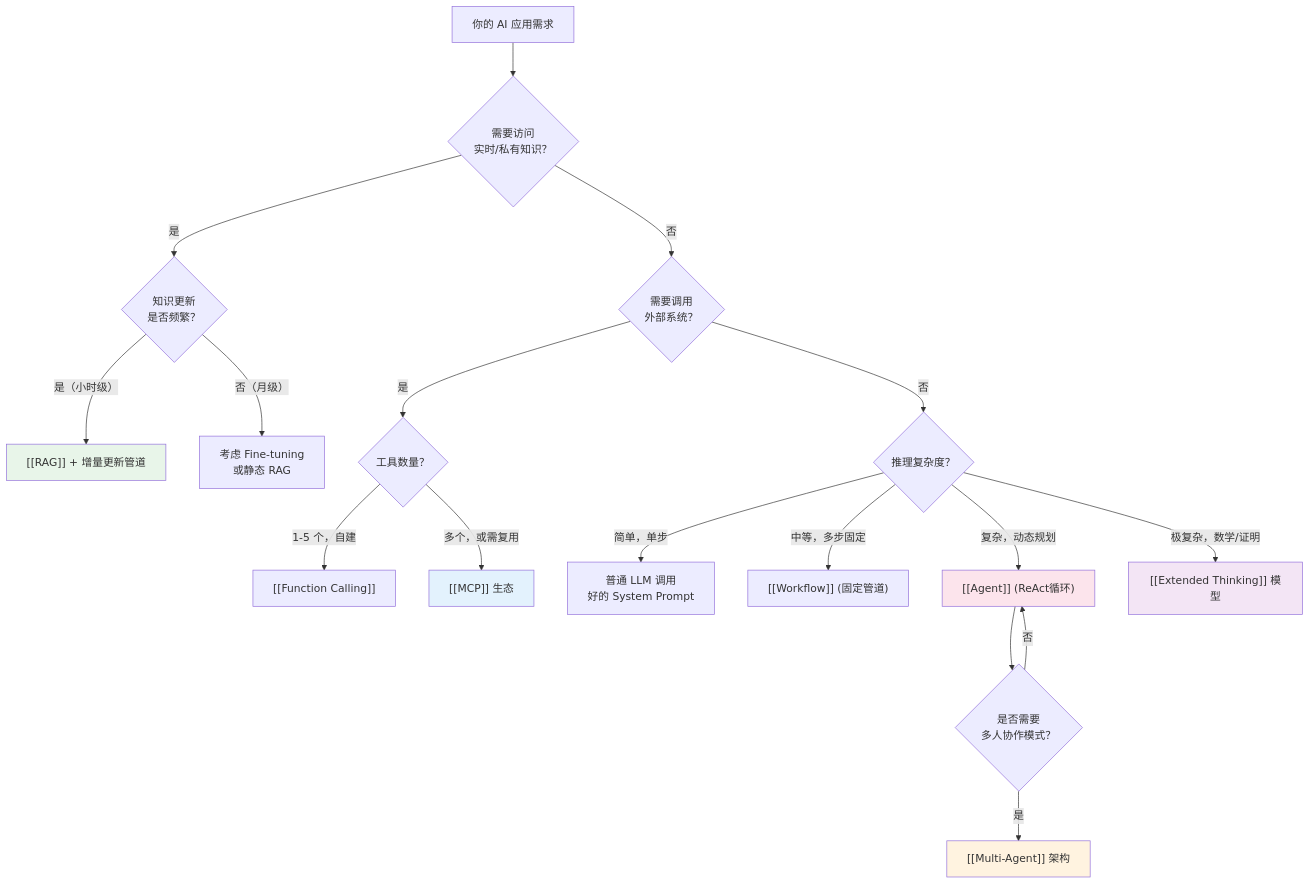
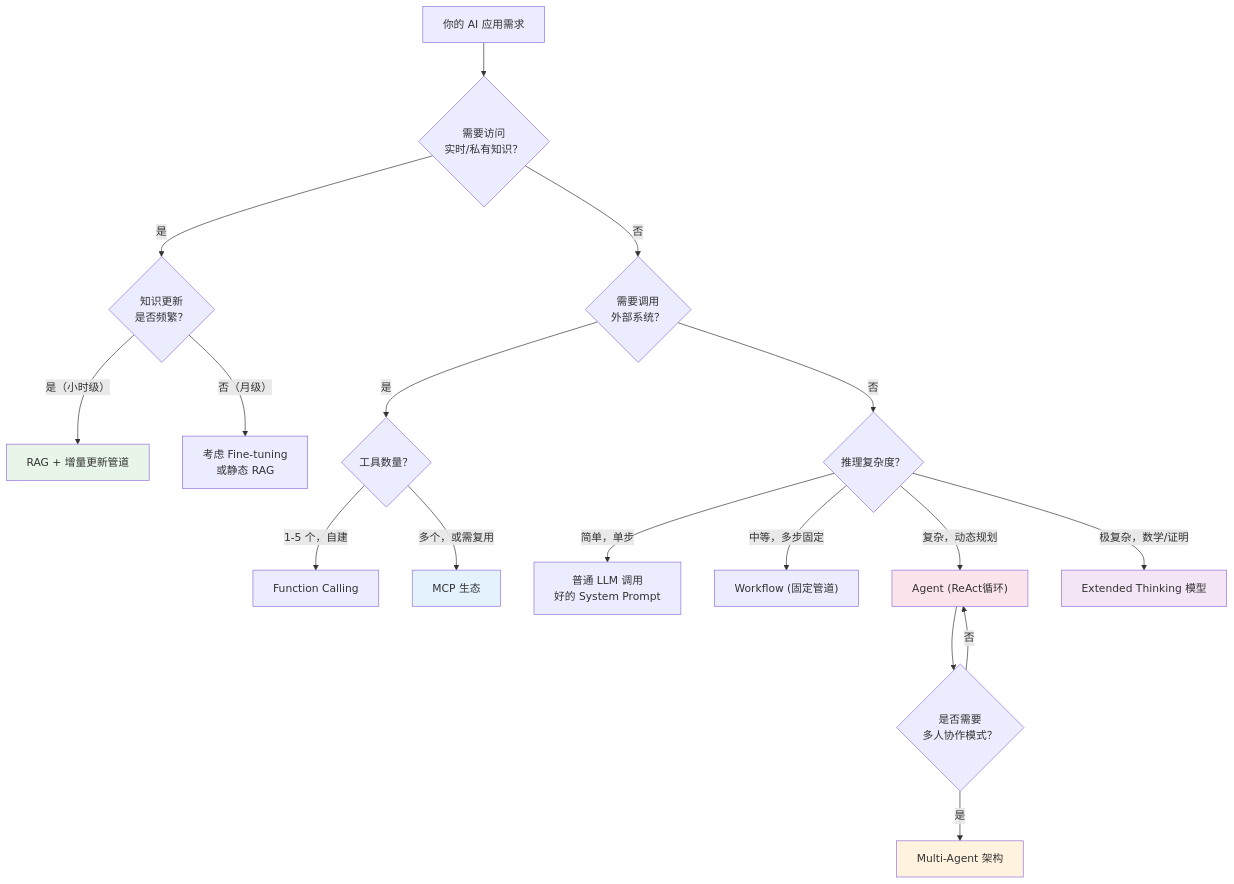
One commit to hpliStartAgain/my-brain changed the tenth of 10 diagrams in content/LLM/大模型日常使用/01 AI名词扫盲——从Prompt到Agent的完整图谱.md. Above: the diagram before and after it, drawn with Mermaid. The commit also changed other lines of this file and 511 other files, not shown here.

````diff
--- a/content/LLM/大模型日常使用/01 AI名词扫盲——从Prompt到Agent的完整图谱.md
+++ b/content/LLM/大模型日常使用/01 AI名词扫盲——从Prompt到Agent的完整图谱.md
@@ -849,30 +849,30 @@
 ```mermaid
 flowchart TD
     Start["你的 AI 应用需求"] --> Q1{"需要访问\n实时/私有知识？"}
     Q1 -->|"是"| Q2{"知识更新\n是否频繁？"}
     Q1 -->|"否"| Q5{"需要调用\n外部系统？"}
 
-    Q2 -->|"是（小时级）"| RAG2["[[RAG]] + 增量更新管道"]
+    Q2 -->|"是（小时级）"| RAG2["RAG + 增量更新管道"]
     Q2 -->|"否（月级）"| FT["考虑 Fine-tuning\n或静态 RAG"]
 
     Q5 -->|"是"| Q6{"工具数量？"}
     Q5 -->|"否"| Q9{"推理复杂度？"}
 
-    Q6 -->|"1-5 个，自建"| FC2["[[Function Calling]]"]
-    Q6 -->|"多个，或需复用"| MCP2["[[MCP]] 生态"]
+    Q6 -->|"1-5 个，自建"| FC2["Function Calling"]
+    Q6 -->|"多个，或需复用"| MCP2["MCP 生态"]
 
     Q9 -->|"简单，单步"| BASIC["普通 LLM 调用\n好的 System Prompt"]
-    Q9 -->|"中等，多步固定"| WF["[[Workflow]] (固定管道)"]
-    Q9 -->|"复杂，动态规划"| AGENT["[[Agent]] (ReAct循环)"]
-    Q9 -->|"极复杂，数学/证明"| ET2["[[Extended Thinking]] 模型"]
+    Q9 -->|"中等，多步固定"| WF["Workflow (固定管道)"]
+    Q9 -->|"复杂，动态规划"| AGENT["Agent (ReAct循环)"]
+    Q9 -->|"极复杂，数学/证明"| ET2["Extended Thinking 模型"]
 
     AGENT --> Q7{"是否需要\n多人协作模式？"}
-    Q7 -->|"是"| MAAG["[[Multi-Agent]] 架构"]
+    Q7 -->|"是"| MAAG["Multi-Agent 架构"]
     Q7 -->|"否"| AGENT
 
     style RAG2 fill:#e8f5e9
     style MCP2 fill:#e3f2fd
     style AGENT fill:#fce4ec
     style ET2 fill:#f3e5f5
     style MAAG fill:#fff3e0
 ```
````
